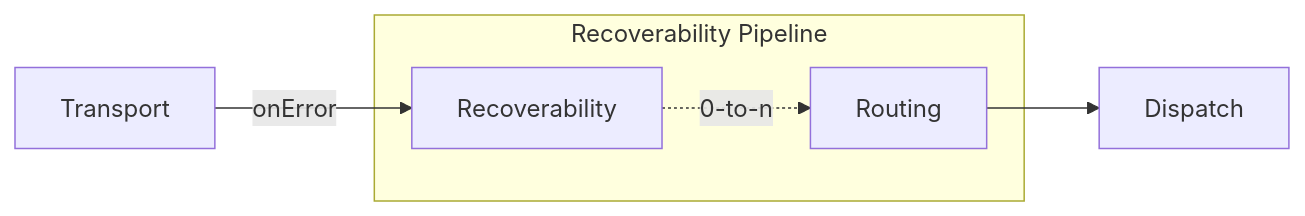
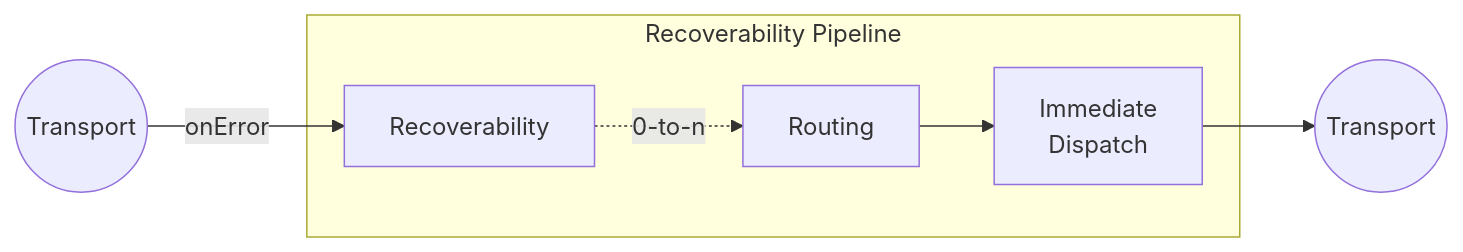
One commit to Particular/docs.particular.net changed the diagram in nservicebus/pipeline/steps-stages-connectors_recoverability_core_[8.0,).partial.md. Above: the diagram before and after it, drawn with Mermaid. The commit also changed 3 other files, not shown here.

````diff
--- a/nservicebus/pipeline/steps-stages-connectors_recoverability_core_[8.0,).partial.md
+++ b/nservicebus/pipeline/steps-stages-connectors_recoverability_core_[8.0,).partial.md
@@ -7,20 +7,23 @@
 ``` mermaid
 graph LR
 
-Transport[Transport]
+Transport((Transport))
+Transport2((Transport))
 
 subgraph Recoverability Pipeline
 
 TR[Recoverability]
 RR[Routing]
+Dispatch[Immediate<br>Dispatch]
 
 end
 
 Transport -- onError --> TR
 TR -. 0-to-n .-> RR
 RR --> Dispatch
+Dispatch --> Transport2
 
 
 click RR "/nservicebus/recoverability"
 click Transport "/transports/"
 ```
````
